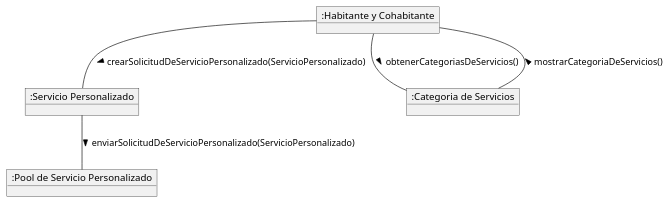
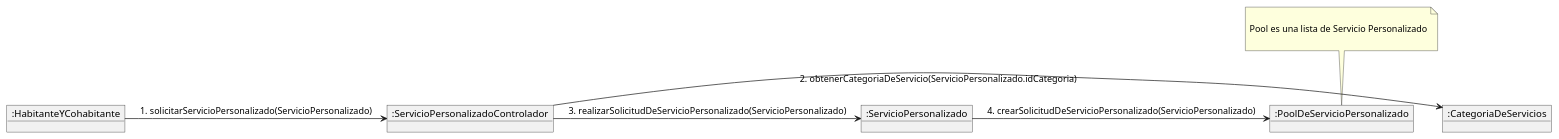
One commit to UPSA-Projects/docs-condominio changed the diagram in docs/src/usecases/CU16/CD16.wsd. Above: the diagram before and after it, drawn with PlantUML. The commit also changed 14 other files, not shown here.

```diff
--- a/docs/src/usecases/CU16/CD16.wsd
+++ b/docs/src/usecases/CU16/CD16.wsd
@@ -1,13 +1,21 @@
 @startuml
 
-object ":Habitante y Cohabitante" as Habitante
-object ":Servicio Personalizado" as Servicio
-object ":Categoria de Servicios" as Categoria
-object ":Pool de Servicio Personalizado" as Pool
+object ":HabitanteYCohabitante" as Habitante
+object ":ServicioPersonalizadoControlador" as Controlador
+object ":ServicioPersonalizado" as Servicio
+object ":CategoriaDeServicios" as Categoria
+object ":PoolDeServicioPersonalizado" as Pool
 
-Habitante -- Categoria : obtenerCategoriasDeServicios() >
-Habitante -- Categoria : mostrarCategoriaDeServicios() <
-Habitante -- Servicio : crearSolicitudDeServicioPersonalizado(ServicioPersonalizado) >
-Servicio -- Pool : enviarSolicitudDeServicioPersonalizado(ServicioPersonalizado) > 
+note top of Pool
+
+Pool es una lista de Servicio Personalizado
+
+end note
+
+
+Habitante -> Controlador : 1. solicitarServicioPersonalizado(ServicioPersonalizado)
+Controlador -> Categoria : 2. obtenerCategoriaDeServicio(ServicioPersonalizado.idCategoria)
+Controlador -> Servicio : 3. realizarSolicitudDeServicioPersonalizado(ServicioPersonalizado)
+Servicio -> Pool : 4. crearSolicitudDeServicioPersonalizado(ServicioPersonalizado)
 
 @enduml
```
